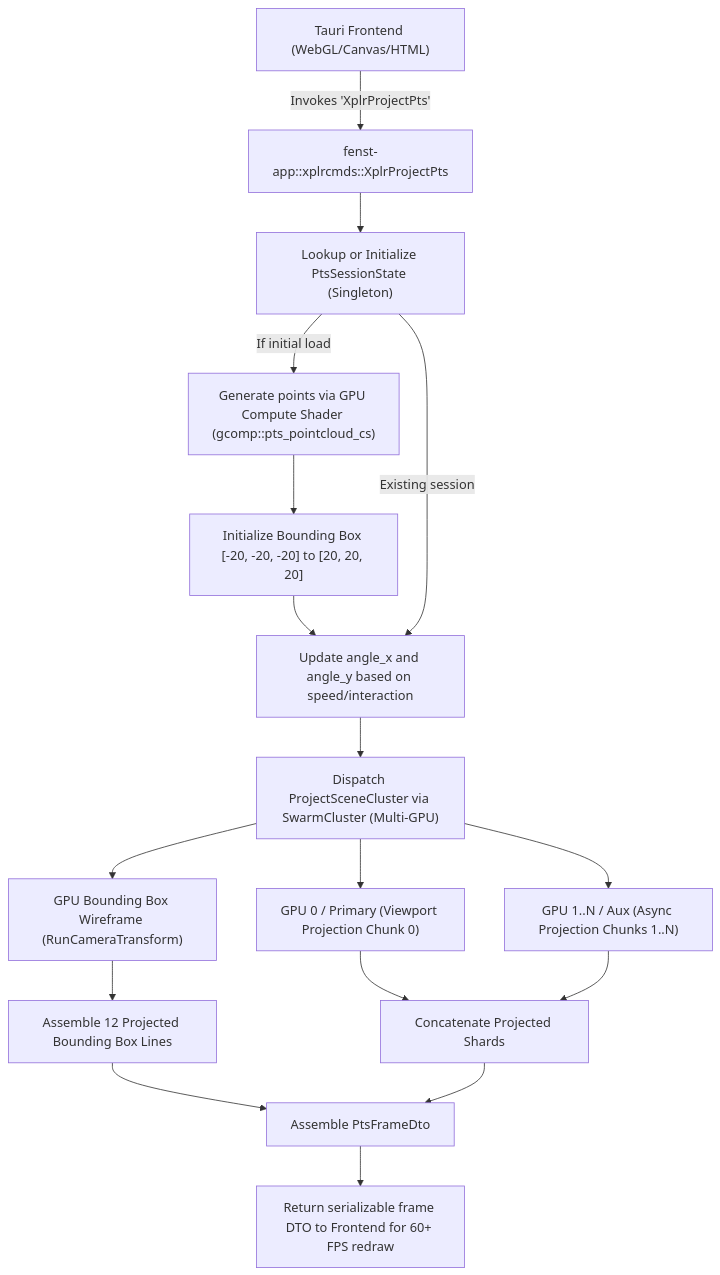
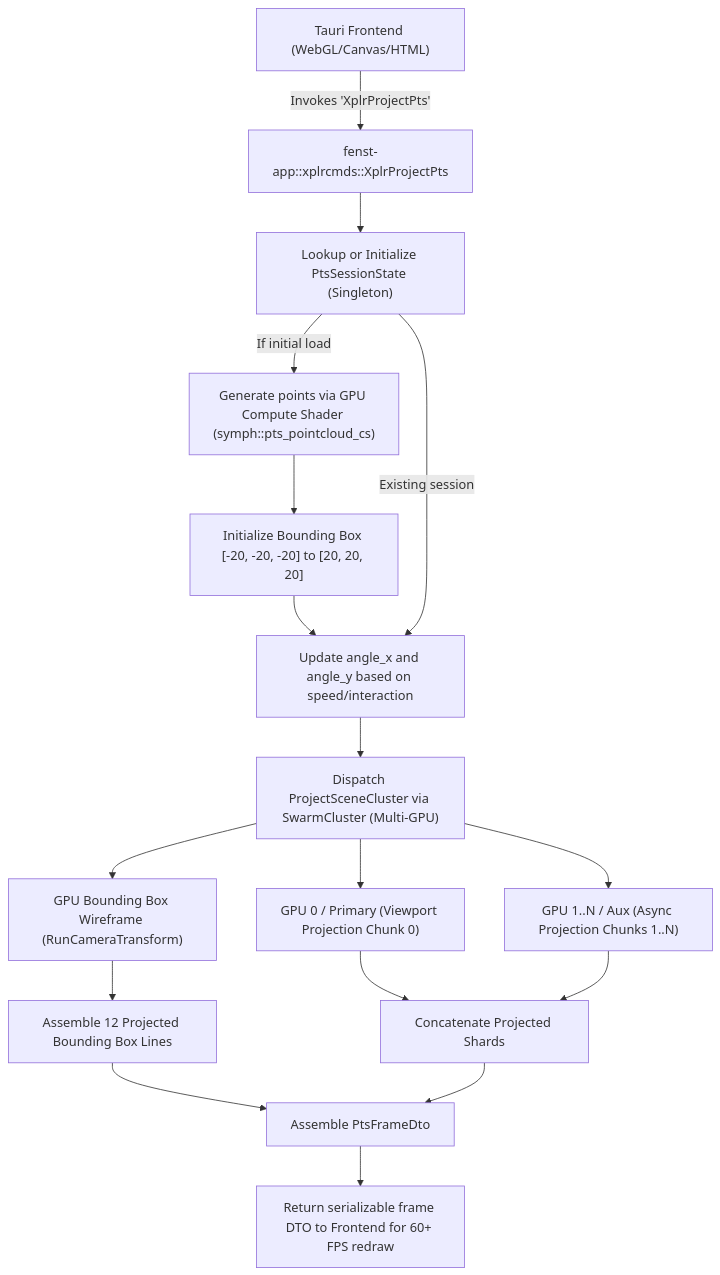
The second of 2 diagrams in wiki/Fenst.md (jswarup/Kosh), drawn with Mermaid before and after one commit. The commit also changed other lines of this file and 12 other files, not shown here.

Commit message:
Rename gcomp crate and subsystem to symph

````diff
--- a/wiki/Fenst.md
+++ b/wiki/Fenst.md
@@ -82,23 +82,23 @@
 ```mermaid
 flowchart TD
     Frontend["Tauri Frontend (WebGL/Canvas/HTML)"] -->|Invokes 'XplrProjectPts'| BackendCmd["fenst-app::xplrcmds::XplrProjectPts"]
     BackendCmd --> CheckState["Lookup or Initialize PtsSessionState (Singleton)"]
     
-    CheckState -->|If initial load| GenPoints["Generate points via GPU Compute Shader (gcomp::pts_pointcloud_cs)"]
+    CheckState -->|If initial load| GenPoints["Generate points via GPU Compute Shader (symph::pts_pointcloud_cs)"]
     GenPoints --> InitBBox["Initialize Bounding Box [-20, -20, -20] to [20, 20, 20]"]
     InitBBox --> RotateState["Update angle_x and angle_y based on speed/interaction"]
     
     CheckState -->|Existing session| RotateState
     RotateState --> Cluster["Dispatch ProjectSceneCluster via SwarmCluster (Multi-GPU)"]
     Cluster --> ShardGPU0["GPU 0 / Primary (Viewport Projection Chunk 0)"]
     Cluster --> ShardGPU1["GPU 1..N / Aux (Async Projection Chunks 1..N)"]
     Cluster --> GPUBox["GPU Bounding Box Wireframe (RunCameraTransform)"]
     
     ShardGPU0 --> MergeResults["Concatenate Projected Shards"]
     ShardGPU1 --> MergeResults
     GPUBox --> ConnectBox["Assemble 12 Projected Bounding Box Lines"]
     
     ConnectBox --> AssembleDto["Assemble PtsFrameDto"]
     MergeResults --> AssembleDto
     AssembleDto --> ReturnJSON["Return serializable frame DTO to Frontend for 60+ FPS redraw"]
 ```
````
